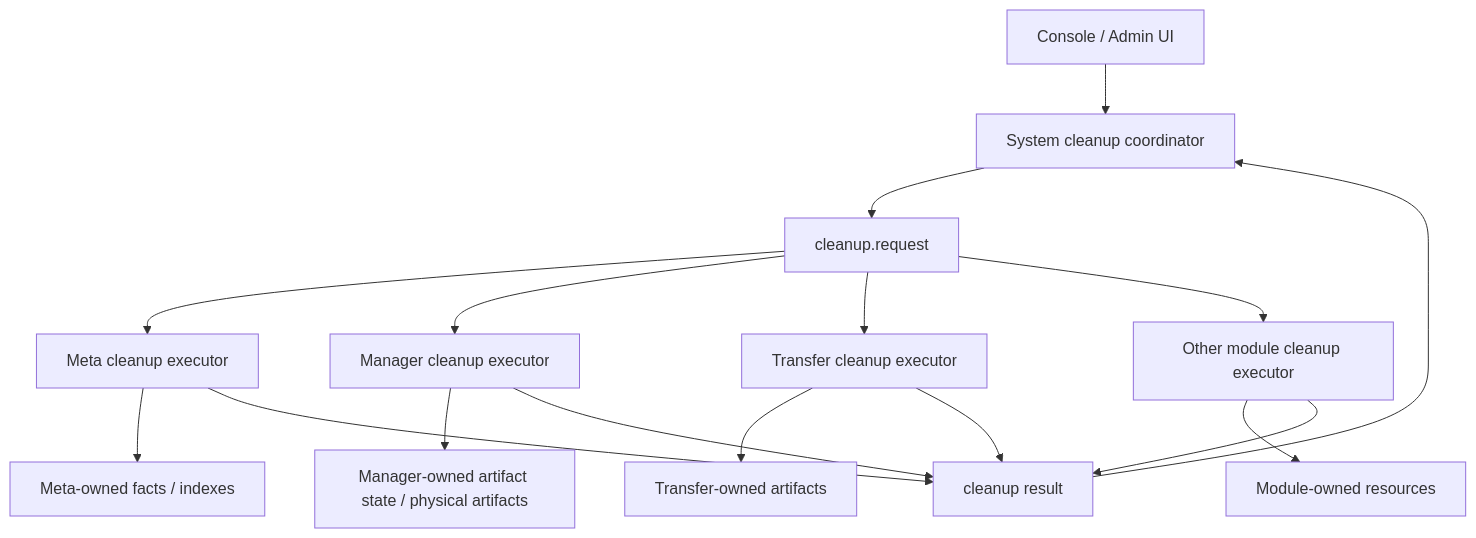
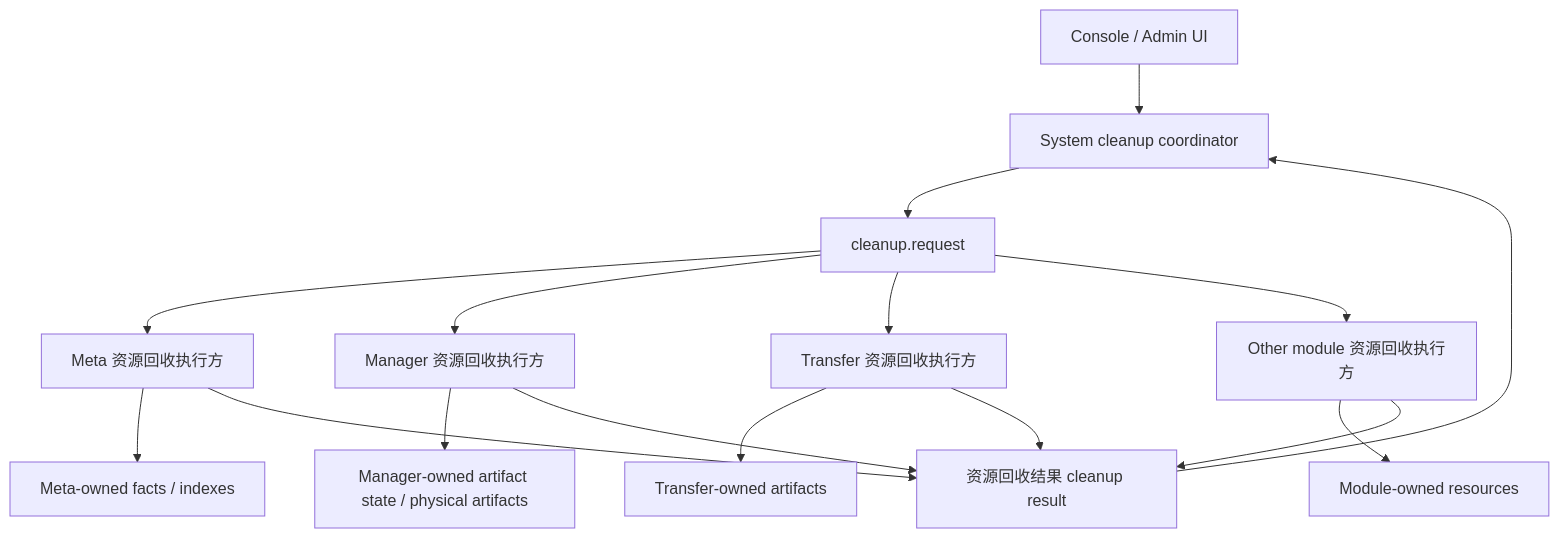
Before and after one commit to pampa0629/addp: the diagram in docs/spec/addp-cleanup体系规范.md, drawn with Mermaid. The commit also changed other lines of this file and 119 other files, not shown here.

````diff
--- a/docs/spec/addp-cleanup体系规范.md
+++ b/docs/spec/addp-cleanup体系规范.md
@@ -200,21 +200,21 @@
 ```mermaid
 flowchart TD
     Console[Console / Admin UI] --> System[System cleanup coordinator]
     System --> Request[cleanup.request]
 
-    Request --> Meta[Meta cleanup executor]
-    Request --> Manager[Manager cleanup executor]
-    Request --> Transfer[Transfer cleanup executor]
-    Request --> Other[Other module cleanup executor]
+    Request --> Meta[Meta 资源回收执行方]
+    Request --> Manager[Manager 资源回收执行方]
+    Request --> Transfer[Transfer 资源回收执行方]
+    Request --> Other[Other module 资源回收执行方]
 
     Meta --> MetaOwned[Meta-owned facts / indexes]
     Manager --> ManagerOwned[Manager-owned artifact state / physical artifacts]
     Transfer --> TransferOwned[Transfer-owned artifacts]
     Other --> OtherOwned[Module-owned resources]
 
-    Meta --> Result[cleanup result]
+    Meta --> Result[资源回收结果 cleanup result]
     Manager --> Result
     Transfer --> Result
     Other --> Result
     Result --> System
 ```
````
